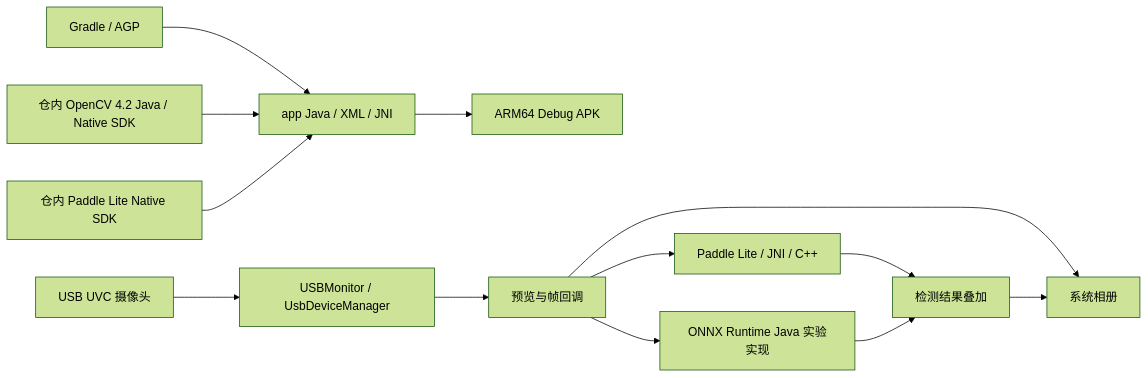
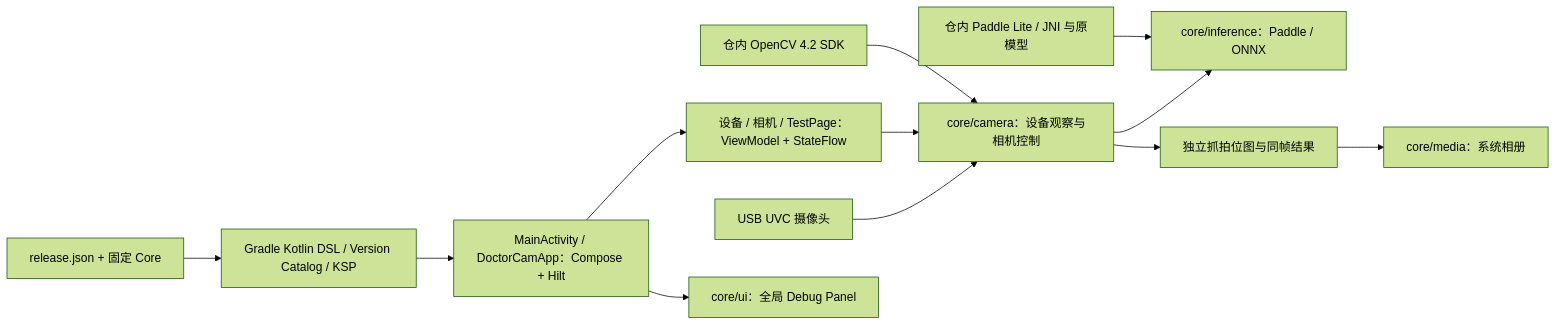
The diagram in README.md (darren-you/doctor-cam), drawn with Mermaid (forest theme) before and after one commit. The commit also changed other lines of this file and 92 other files, not shown here.

````diff
--- a/README.md
+++ b/README.md
@@ -16,15 +17,14 @@
 ```mermaid
 flowchart LR
-    gradle[Gradle / AGP] --> app[app Java / XML / JNI]
-    opencv[仓内 OpenCV 4.2 Java / Native SDK] --> app
-    paddleSdk[仓内 Paddle Lite Native SDK] --> app
-    app --> apk[ARM64 Debug APK]
-    device[USB UVC 摄像头] --> monitor[USBMonitor / UsbDeviceManager]
-    monitor --> preview[预览与帧回调]
-    preview --> paddle[Paddle Lite / JNI / C++]
-    preview --> onnx[ONNX Runtime Java 实验实现]
-    paddle --> overlay[检测结果叠加]
-    onnx --> overlay
-    preview --> storage[系统相册]
-    overlay --> storage
+    build[Gradle Kotlin DSL / Version Catalog / KSP] --> app[MainActivity / DoctorCamApp：Compose + Hilt]
+    app --> features[设备 / 相机 / TestPage：ViewModel + StateFlow]
+    devices[USB UVC 摄像头] --> camera[core/camera：设备观察与相机控制]
+    features --> camera
+    camera --> inference[core/inference：Paddle / ONNX]
+    opencv[仓内 OpenCV 4.2 SDK] --> camera
+    paddle[仓内 Paddle Lite / JNI 与原模型] --> inference
+    camera --> frame[独立抓拍位图与同帧结果]
+    frame --> media[core/media：系统相册]
+    app --> debug[core/ui：全局 Debug Panel]
+    version[release.json + 固定 Core] --> build
 ```
````
